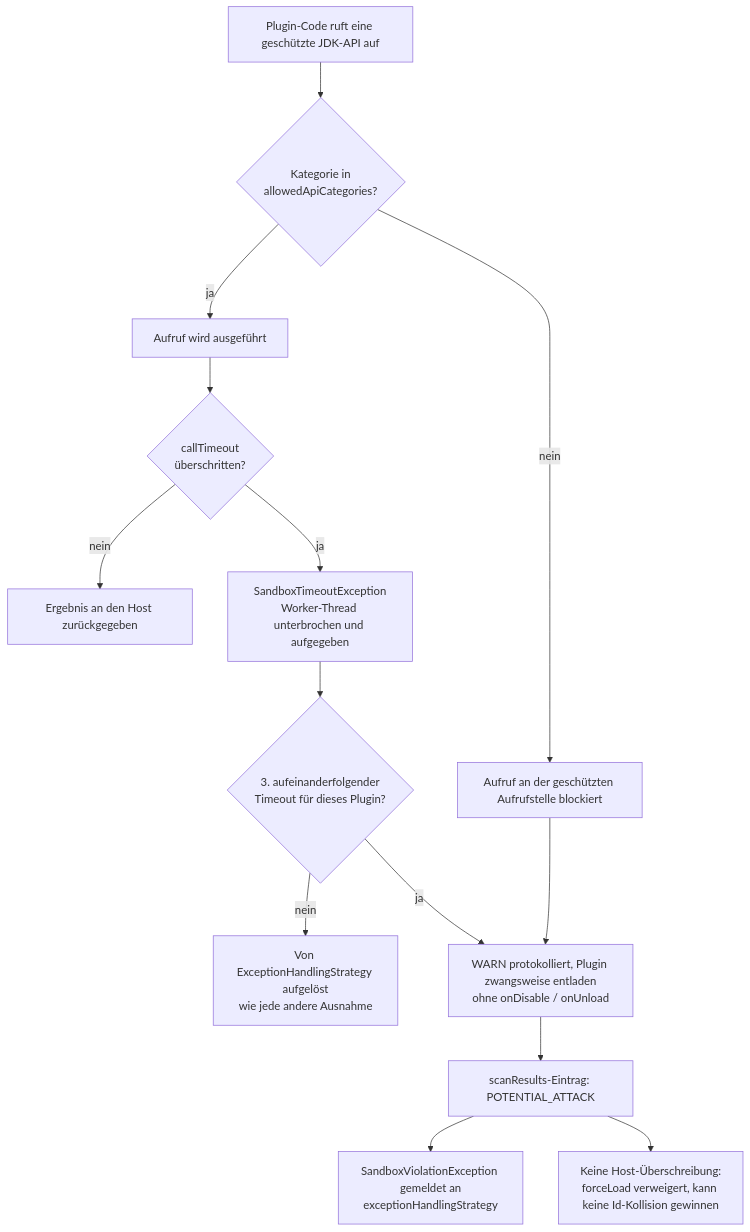
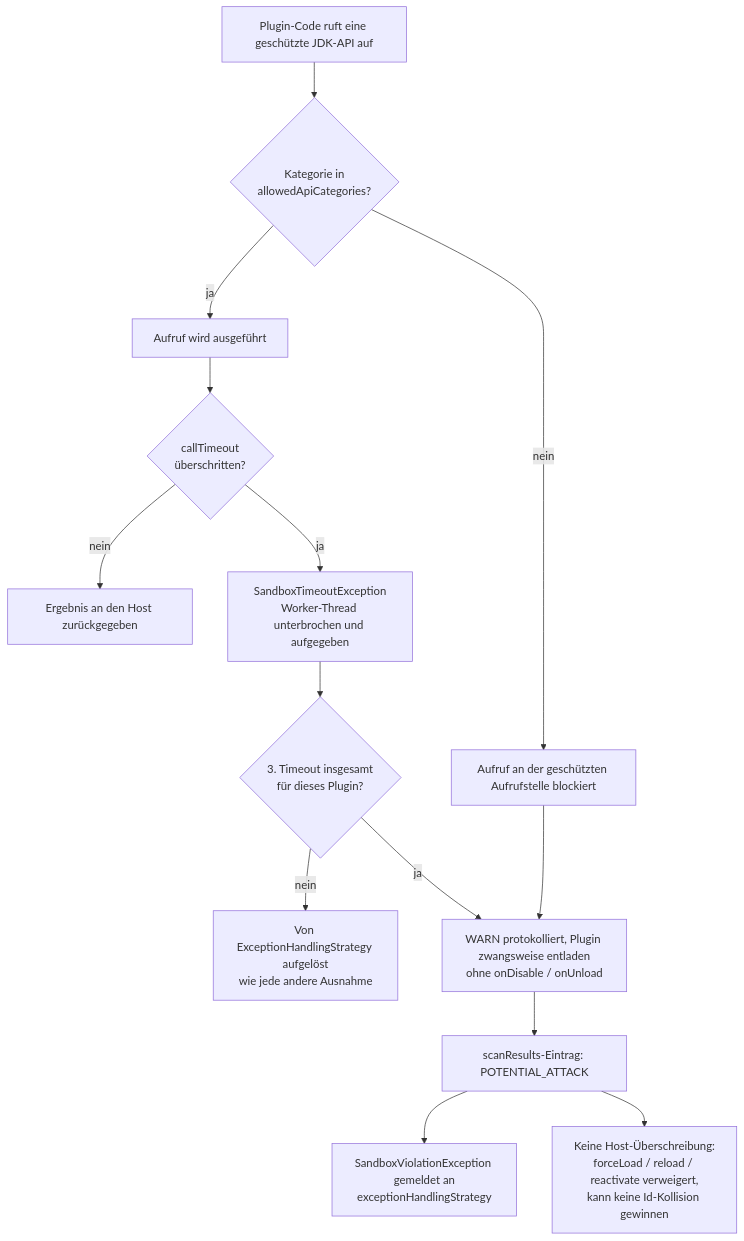
Before and after one commit to KleinerHacker/pluggiat: the first of 2 diagrams in docs/docs/host-integration/sandbox.de.md, drawn with Mermaid. The commit also changed other lines of this file and 84 other files, not shown here.

````diff
--- a/docs/docs/host-integration/sandbox.de.md
+++ b/docs/docs/host-integration/sandbox.de.md
@@ -111,18 +119,18 @@
 ```mermaid
 flowchart TD
     Call["Plugin-Code ruft eine geschützte JDK-API auf"] --> Guard{"Kategorie in<br/>allowedApiCategories?"}
     Guard -->|ja| Run["Aufruf wird ausgeführt"]
     Guard -->|nein| Block["Aufruf an der geschützten Aufrufstelle blockiert"]
 
     Run --> Timeout{"callTimeout<br/>überschritten?"}
     Timeout -->|nein| Done["Ergebnis an den Host zurückgegeben"]
     Timeout -->|ja| TEx["SandboxTimeoutException<br/>Worker-Thread unterbrochen und aufgegeben"]
-    TEx --> Count{"3. aufeinanderfolgender<br/>Timeout für dieses Plugin?"}
+    TEx --> Count{"3. Timeout insgesamt<br/>für dieses Plugin?"}
     Count -->|nein| Strategy["Von ExceptionHandlingStrategy aufgelöst<br/>wie jede andere Ausnahme"]
     Count -->|ja| Attack
 
     Block --> Attack["WARN protokolliert, Plugin zwangsweise entladen<br/>ohne onDisable / onUnload"]
     Attack --> Status["scanResults-Eintrag: POTENTIAL_ATTACK"]
     Status --> Notify["SandboxViolationException gemeldet an<br/>exceptionHandlingStrategy"]
-    Status --> NoOverride["Keine Host-Überschreibung:<br/>forceLoad verweigert, kann keine Id-Kollision gewinnen"]
+    Status --> NoOverride["Keine Host-Überschreibung:<br/>forceLoad / reload / reactivate verweigert,<br/>kann keine Id-Kollision gewinnen"]
 ```
````
